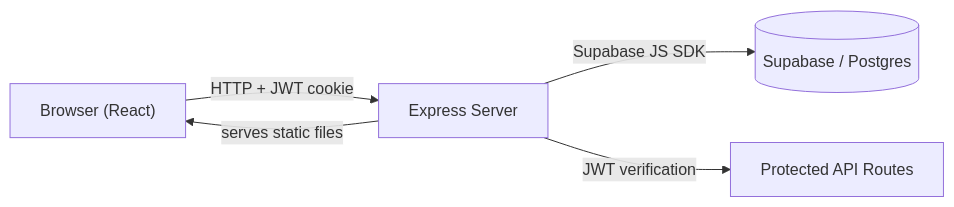
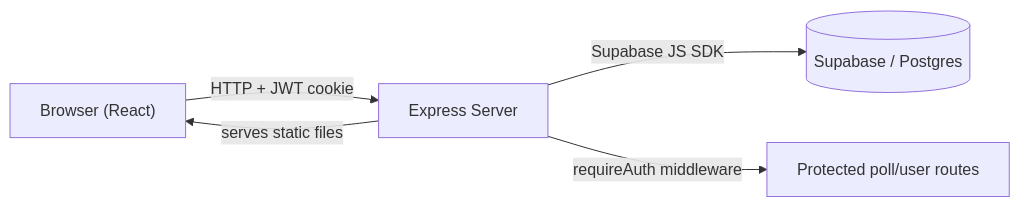
Before and after one commit to AaronFan5/CS35L-Project: the first of 2 diagrams in README.md, drawn with Mermaid. The commit also changed other lines of this file, not shown here.

Commit message:
Fix README architecture diagrams

````diff
--- a/README.md
+++ b/README.md
@@ -51,7 +51,7 @@
 ```mermaid
 graph LR
   Browser["Browser (React)"] -->|HTTP + JWT cookie| Express["Express Server"]
   Express -->|Supabase JS SDK| DB[("Supabase / Postgres")]
   Express -->|serves static files| Browser
-  Express -->|JWT verification| Auth["Protected API Routes"]
+  Express -->|requireAuth middleware| Protected["Protected poll/user routes"]
 ```
````
